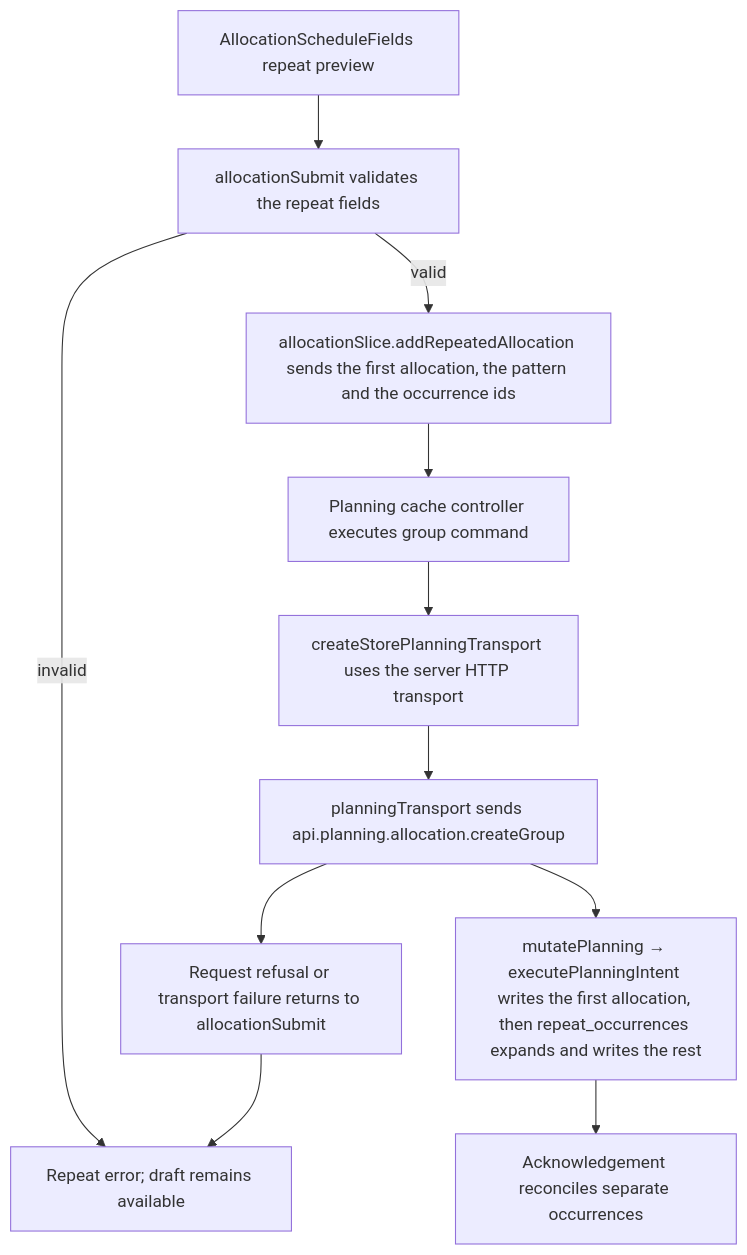
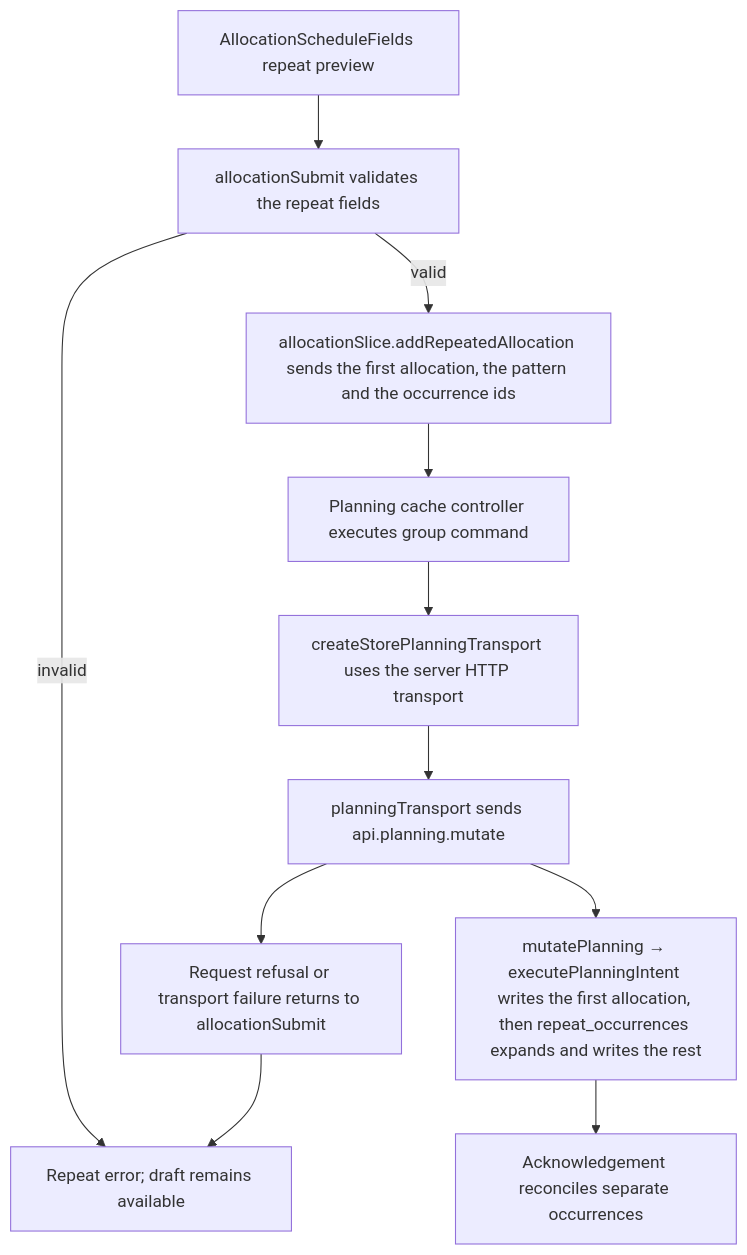
One commit to Kevinjohn/capacitylens changed the second of 2 diagrams in user-stories/allocation/US-ALL-09-repeat-creation.md. Above: the diagram before and after it, drawn with Mermaid. The commit also changed 115 other files, not shown here.

````diff
--- a/user-stories/allocation/US-ALL-09-repeat-creation.md
+++ b/user-stories/allocation/US-ALL-09-repeat-creation.md
@@ -45,13 +45,13 @@
 ```mermaid
 flowchart TD
   A["AllocationScheduleFields repeat preview"] --> B["allocationSubmit validates the repeat fields"]
   B -->|valid| C["allocationSlice.addRepeatedAllocation sends the first allocation, the pattern and the occurrence ids"]
   B -->|invalid| I["Repeat/date error; no write"]
   C --> D["Planning cache controller executes group command"]
   D --> E["createStorePlanningTransport uses the server HTTP transport"]
-  E --> F["planningTransport sends api.planning.allocation.createGroup"]
+  E --> F["planningTransport sends api.planning.mutate"]
   F --> J["Request refusal or transport failure returns to allocationSubmit"]
   J --> I["Repeat error; draft remains available"]
   F --> G["mutatePlanning → executePlanningIntent writes the first allocation, then repeat_occurrences expands and writes the rest"]
   G --> H["Acknowledgement reconciles separate occurrences"]
 ```
````
